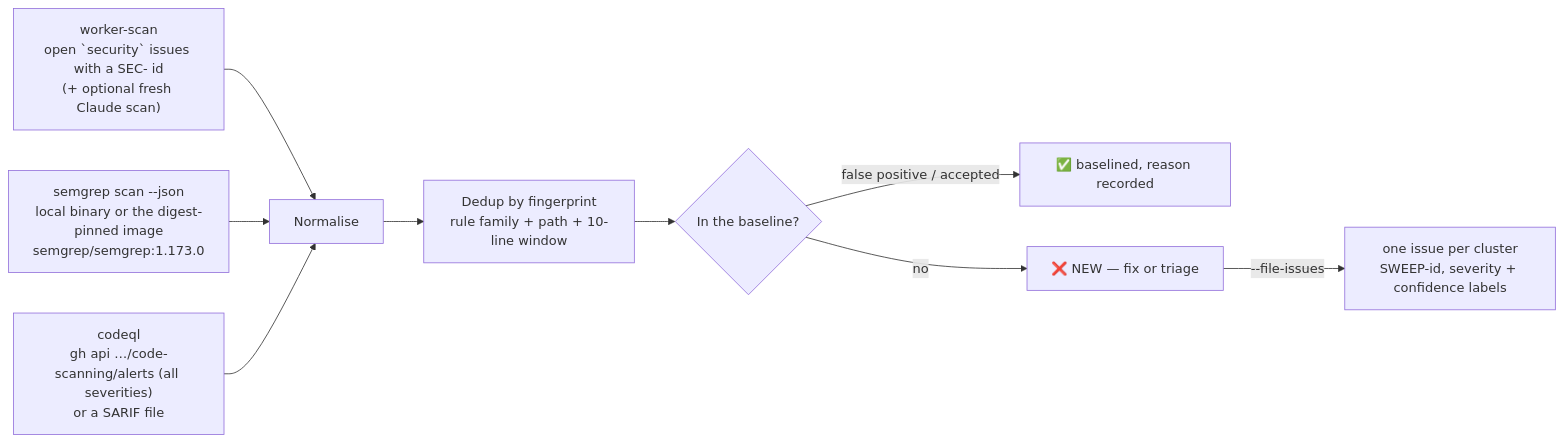
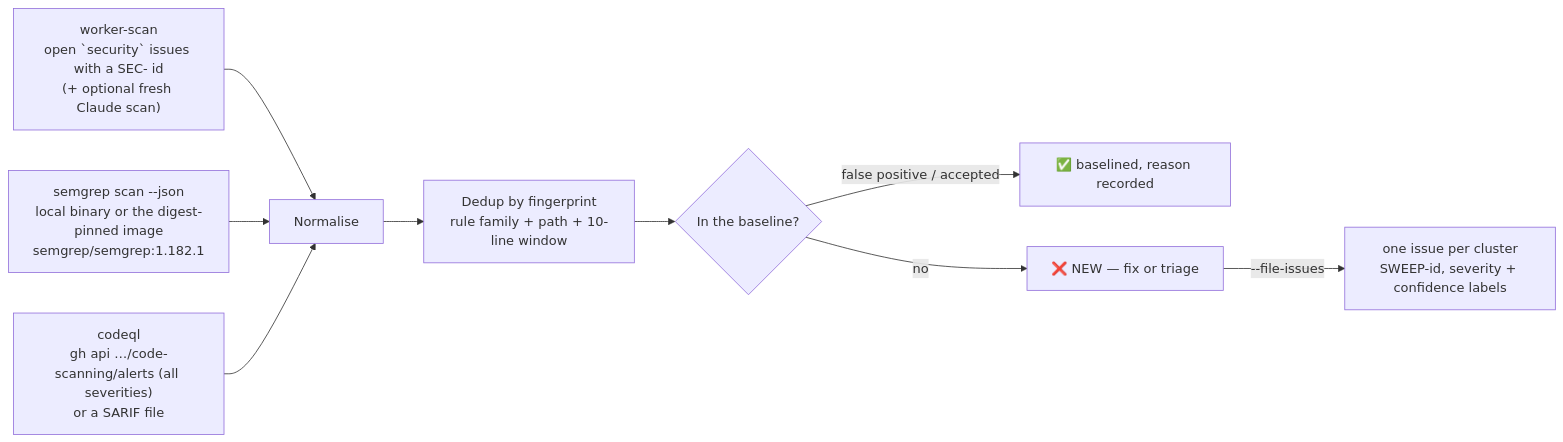
One commit to stSoftwareAU/VibeCoder changed the diagram in docs/SECURITY-TREE-SWEEP.md. Above: the diagram before and after it, drawn with Mermaid. The commit also changed other lines of this file and 24 other files, not shown here.

````diff
--- a/docs/SECURITY-TREE-SWEEP.md
+++ b/docs/SECURITY-TREE-SWEEP.md
@@ -48,11 +48,11 @@
 ```mermaid
 flowchart LR
     W["worker-scan<br/>open `security` issues with a SEC- id<br/>(+ optional fresh Claude scan)"] --> N[Normalise]
-    S["semgrep scan --json<br/>local binary or the digest-pinned image<br/>semgrep/semgrep:1.173.0"] --> N
+    S["semgrep scan --json<br/>local binary or the digest-pinned image<br/>semgrep/semgrep:1.182.1"] --> N
     C["codeql<br/>gh api …/code-scanning/alerts (all severities)<br/>or a SARIF file"] --> N
     N --> D["Dedup by fingerprint<br/>rule family + path + 10-line window"]
     D --> B{In the baseline?}
     B -- "false positive / accepted" --> OK[✅ baselined, reason recorded]
     B -- "no" --> NEW[❌ NEW — fix or triage]
     NEW -- "--file-issues" --> I["one issue per cluster<br/>SWEEP-id, severity + confidence labels"]
 ```
````
